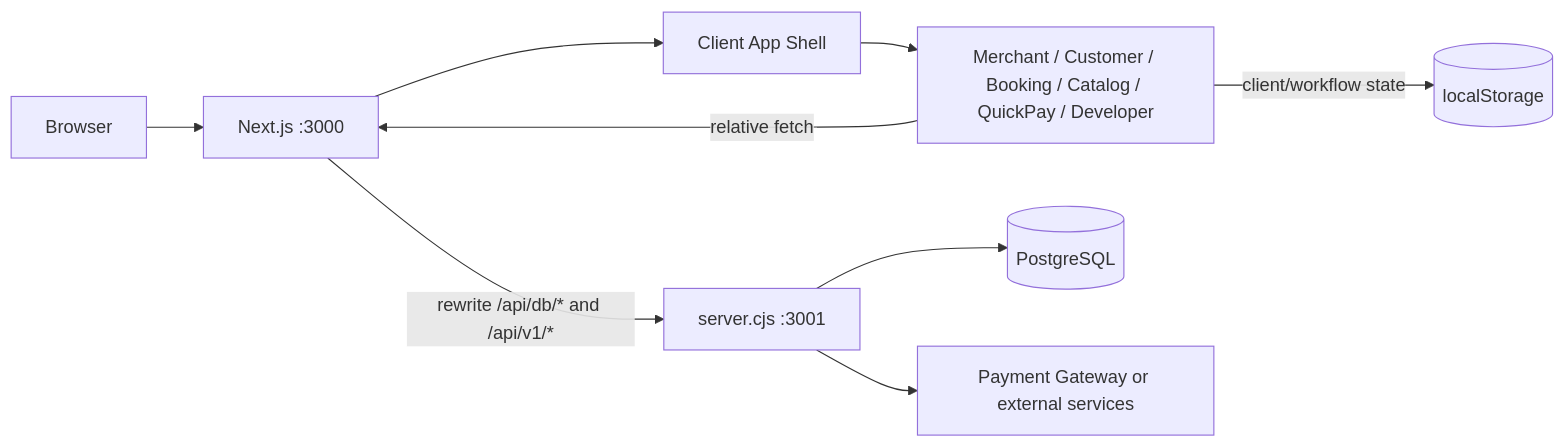
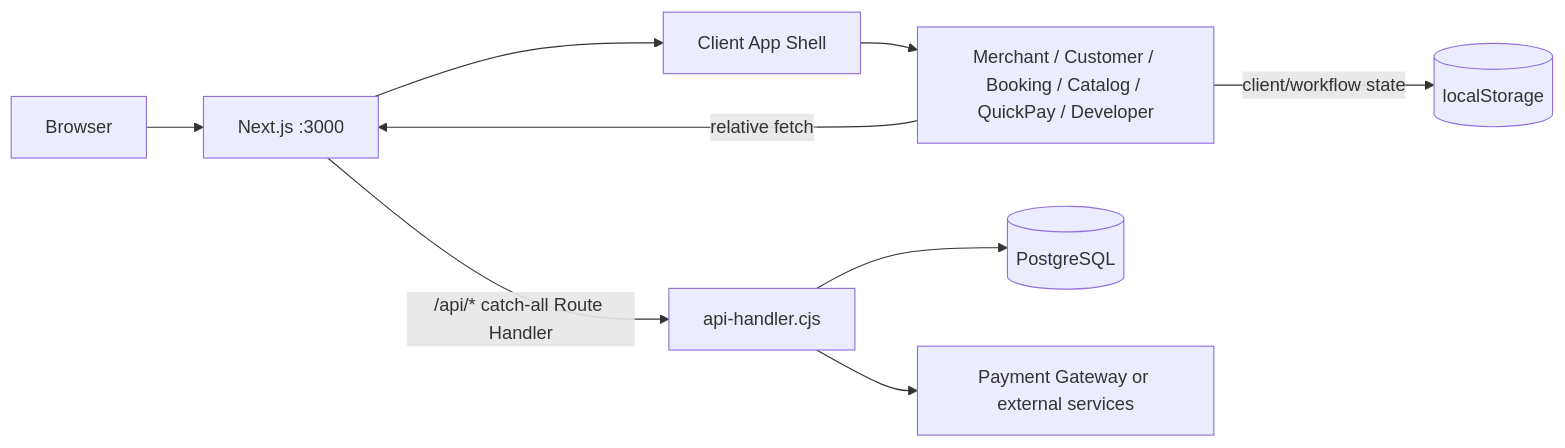
Before and after one commit to haiphee-por/chatpos-react: the first of 2 diagrams in docs/DEVELOPER_GUIDE.md, drawn with Mermaid. The commit also changed other lines of this file and 31 other files, not shown here.

````diff
--- a/docs/DEVELOPER_GUIDE.md
+++ b/docs/DEVELOPER_GUIDE.md
@@ -22,11 +22,11 @@
 ```mermaid
 flowchart LR
     Browser[Browser] --> Next[Next.js :3000]
     Next --> Shell[Client App Shell]
     Shell --> Views[Merchant / Customer / Booking / Catalog / QuickPay / Developer]
-    Next -->|rewrite /api/db/* and /api/v1/*| API[server.cjs :3001]
+    Next -->|/api/* catch-all Route Handler| API[api-handler.cjs]
     Views -->|relative fetch| Next
     API --> DB[(PostgreSQL)]
     Views -->|client/workflow state| Local[(localStorage)]
     API --> External[Payment Gateway or external services]
 ```
````
